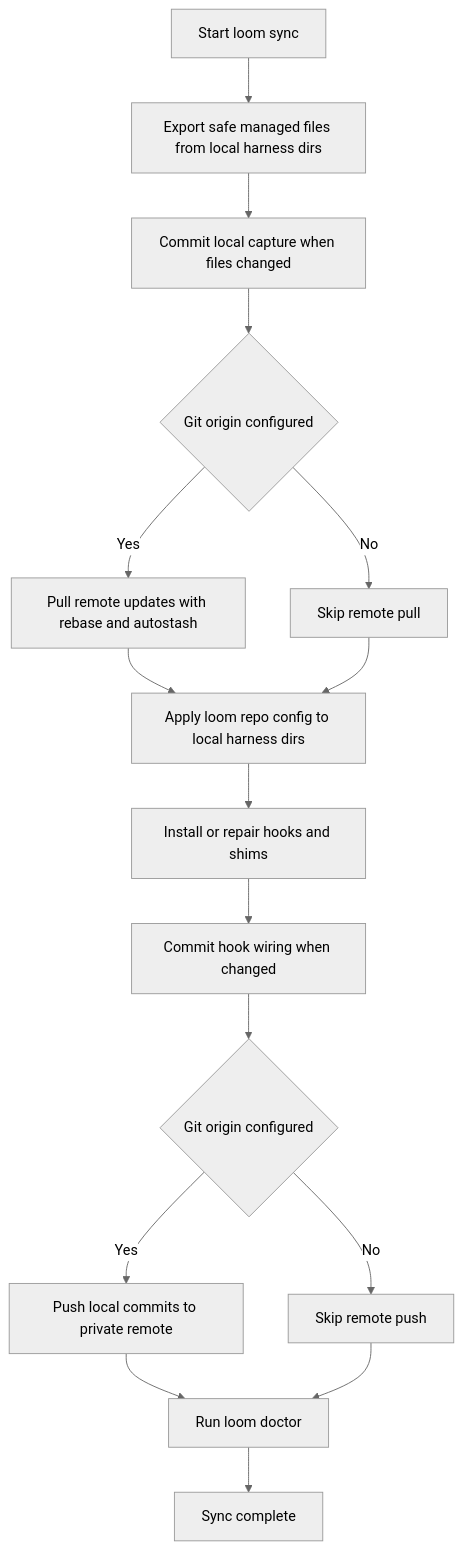
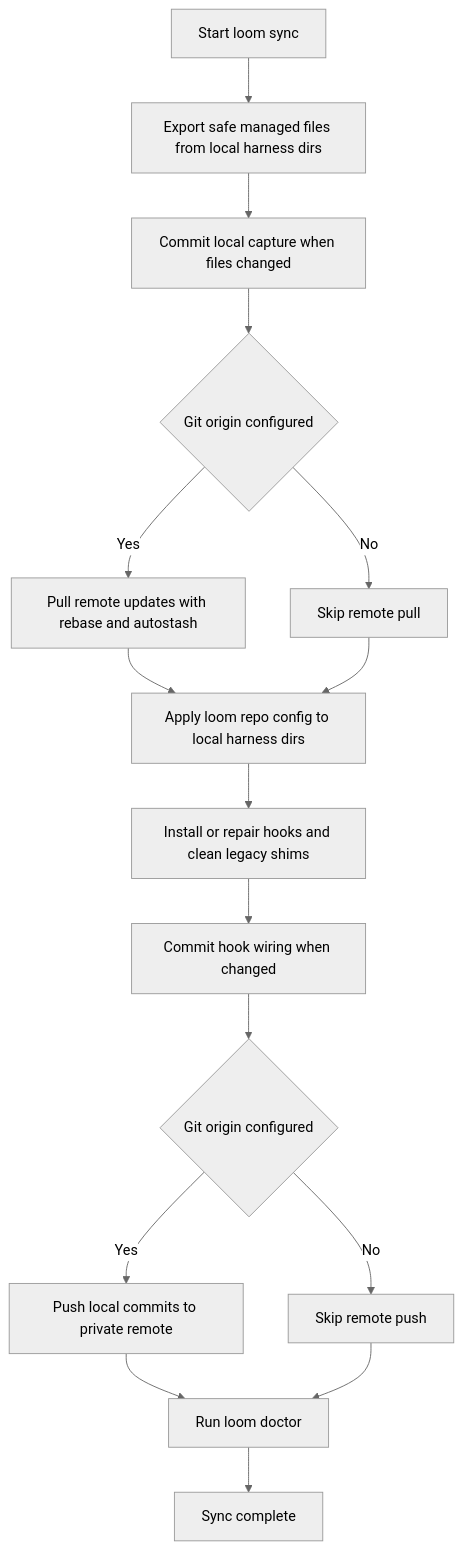
The second of 3 diagrams in README.md (yhyzgn/loom), drawn with Mermaid (neutral theme) before and after one commit. The commit also changed other lines of this file and 2 other files, not shown here.

Commit message:
loom: auto-clean legacy command shims

````diff
--- a/README.md
+++ b/README.md
@@ -117,23 +117,23 @@
 ```mermaid
 flowchart TD
   A[Start loom sync] --> B[Export safe managed files from local harness dirs]
   B --> C[Commit local capture when files changed]
   C --> D{Git origin configured}
 
   D -->|Yes| E[Pull remote updates with rebase and autostash]
   D -->|No| F[Skip remote pull]
 
   E --> G[Apply loom repo config to local harness dirs]
   F --> G
 
-  G --> H[Install or repair hooks and shims]
+  G --> H[Install or repair hooks and clean legacy shims]
   H --> I[Commit hook wiring when changed]
   I --> J{Git origin configured}
 
   J -->|Yes| K[Push local commits to private remote]
   J -->|No| L[Skip remote push]
 
   K --> M[Run loom doctor]
   L --> M
   M --> N[Sync complete]
 ```
````
